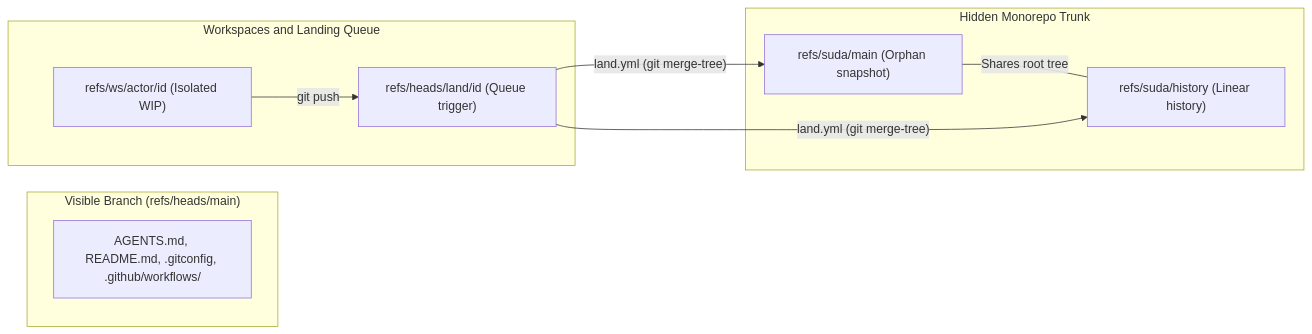
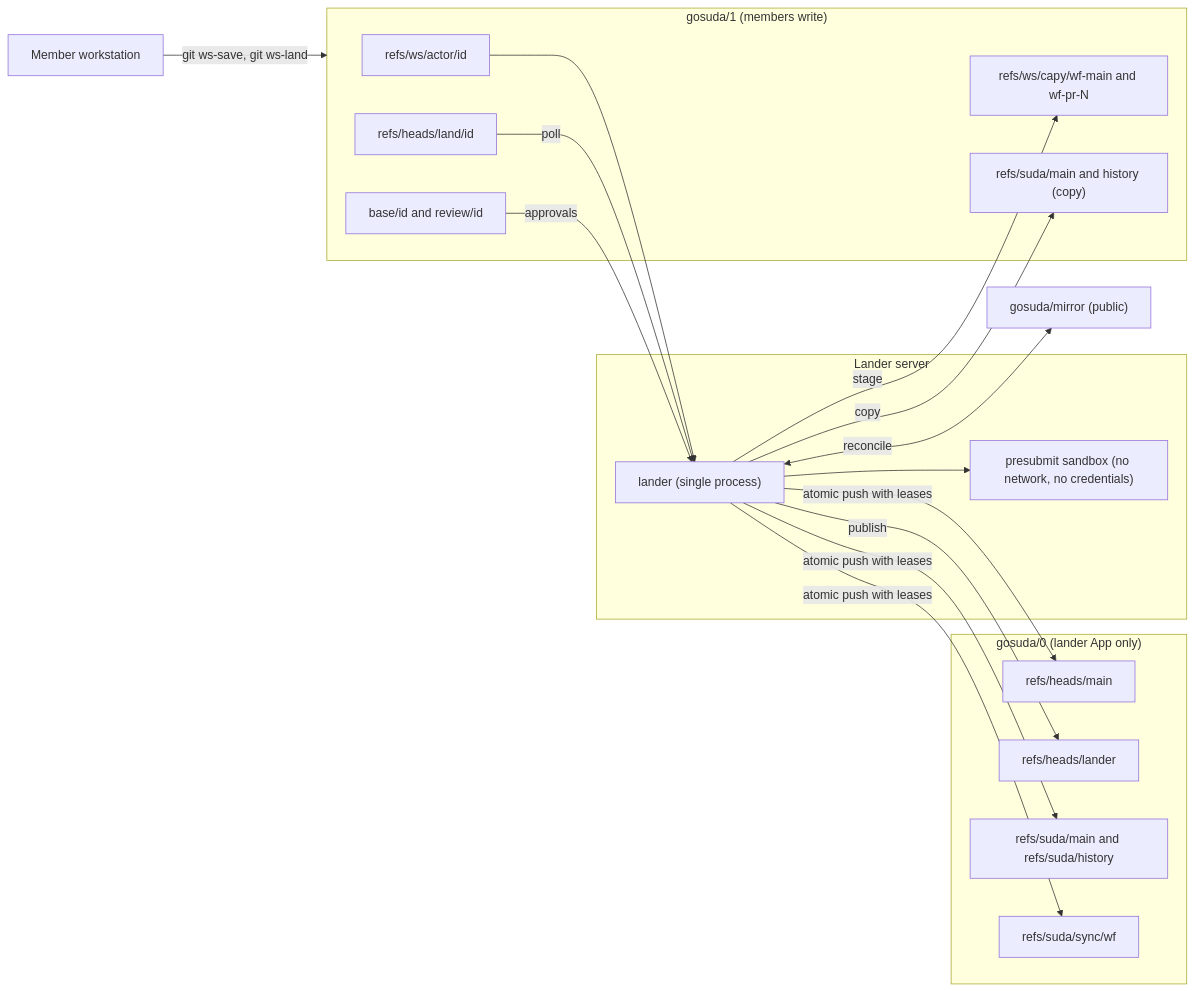
The first of 2 diagrams in docs/architecture.md (gosuda/1), drawn with Mermaid before and after one commit. The commit also changed other lines of this file and 24 other files, not shown here.

First line of the commit message:
chore(control-plane): sync refs/heads/main@a4bc5a6 into refs/suda/main

````diff
--- a/docs/architecture.md
+++ b/docs/architecture.md
@@ -13,17 +13,32 @@
 ```mermaid
 flowchart LR
-  subgraph ControlPlane["Visible Branch (refs/heads/main)"]
-    CP["AGENTS.md, README.md, .gitconfig, .github/workflows/"]
+  DEV["Member workstation"]
+  subgraph U["gosuda/1 (members write)"]
+    WS["refs/ws/actor/id"]
+    LR["refs/heads/land/id"]
+    RV["base/id and review/id"]
+    ST["refs/ws/capy/wf-main and wf-pr-N"]
+    TC["refs/suda/main and history (copy)"]
   end
-  subgraph Trunk["Hidden Monorepo Trunk"]
-    SM["refs/suda/main (Orphan snapshot)"]
-    SH["refs/suda/history (Linear history)"]
+  subgraph LS["Lander server"]
+    LN["lander (single process)"]
+    SB["presubmit sandbox (no network, no credentials)"]
   end
-  subgraph Work["Workspaces and Landing Queue"]
-    WS["refs/ws/actor/id (Isolated WIP)"]
-    LQ["refs/heads/land/id (Queue trigger)"]
+  subgraph T["gosuda/0 (lander App only)"]
+    CP["refs/heads/main"]
+    LB["refs/heads/lander"]
+    SM["refs/suda/main and refs/suda/history"]
+    SY["refs/suda/sync/wf"]
   end
-  SM ---|"Shares root tree"| SH
-  WS -->|"git push"| LQ
-  LQ -->|"land.yml (git merge-tree)"| SM & SH
+  M["gosuda/mirror (public)"]
+  DEV -->|"git ws-save, git ws-land"| U
+  WS --> LN
+  LR -->|"poll"| LN
+  RV -->|"approvals"| LN
+  LN --> SB
+  LN -->|"atomic push with leases"| CP & SM & SY
+  LN -->|"publish"| LB
+  LN -->|"copy"| TC
+  LN <-->|"reconcile"| M
+  LN -->|"stage"| ST
 ```
````
